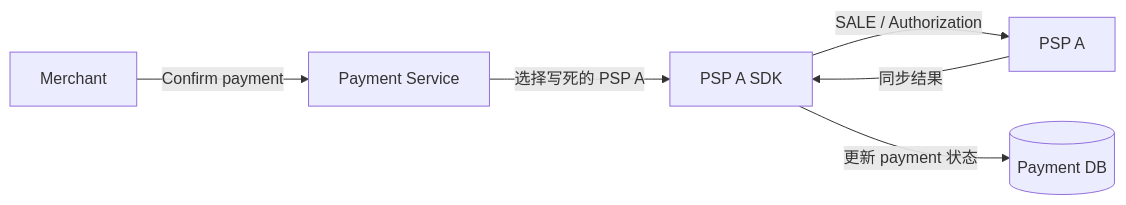
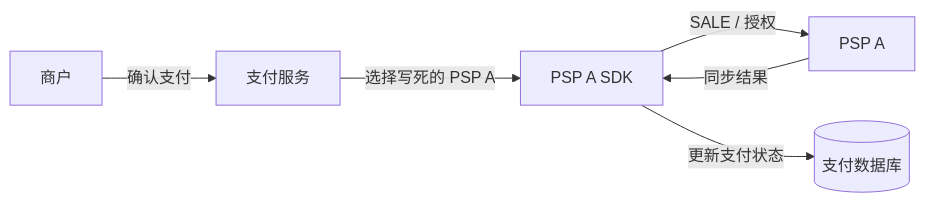
The first of 5 diagrams in part-1-foundations/routing-system-boundaries.md (YouEclipse/Designing-Modern-Payment-Systems), drawn with Mermaid before and after one commit. The commit also changed other lines of this file and 59 other files, not shown here.

````diff
--- a/part-1-foundations/routing-system-boundaries.md
+++ b/part-1-foundations/routing-system-boundaries.md
@@ -19,8 +19,8 @@
 ```mermaid
 flowchart LR
-    Merchant["Merchant"] -->|"Confirm payment"| PaymentService["Payment Service"]
+    Merchant["商户"] -->|"确认支付"| PaymentService["支付服务"]
     PaymentService -->|"选择写死的 PSP A"| SDK["PSP A SDK"]
-    SDK -->|"SALE / Authorization"| PSPA["PSP A"]
+    SDK -->|"SALE / 授权"| PSPA["PSP A"]
     PSPA -->|"同步结果"| SDK
-    SDK -->|"更新 payment 状态"| PaymentDB[("Payment DB")]
+    SDK -->|"更新支付状态"| PaymentDB[("支付数据库")]
 ```
````
